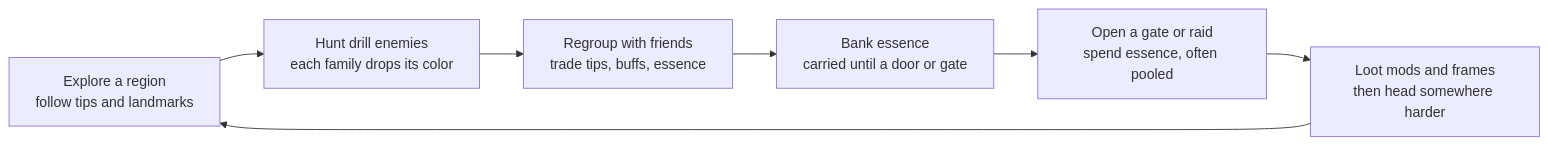
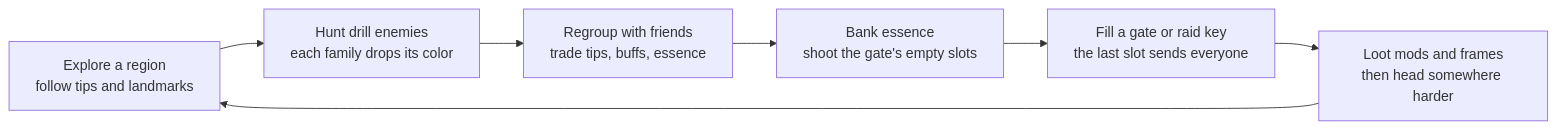
Before and after one commit to nvmsocool/FriendlyPersonShooter: the first of 2 diagrams in Docs/GameDesignDocument.md, drawn with Mermaid. The commit also changed other lines of this file and 41 other files, not shown here.

First line of the commit message:
Essence slots: bank by shooting, full gate or key sends everyone

````diff
--- a/Docs/GameDesignDocument.md
+++ b/Docs/GameDesignDocument.md
@@ -31,9 +31,9 @@
 ```mermaid
 flowchart LR
     A["Explore a region<br/>follow tips and landmarks"] --> B["Hunt drill enemies<br/>each family drops its color"]
     B --> C["Regroup with friends<br/>trade tips, buffs, essence"]
-    C --> D["Bank essence<br/>carried until a door or gate"]
-    D --> E["Open a gate or raid<br/>spend essence, often pooled"]
+    C --> D["Bank essence<br/>shoot the gate's empty slots"]
+    D --> E["Fill a gate or raid key<br/>the last slot sends everyone"]
     E --> F["Loot mods and frames<br/>then head somewhere harder"]
     F --> A
 ```
````
